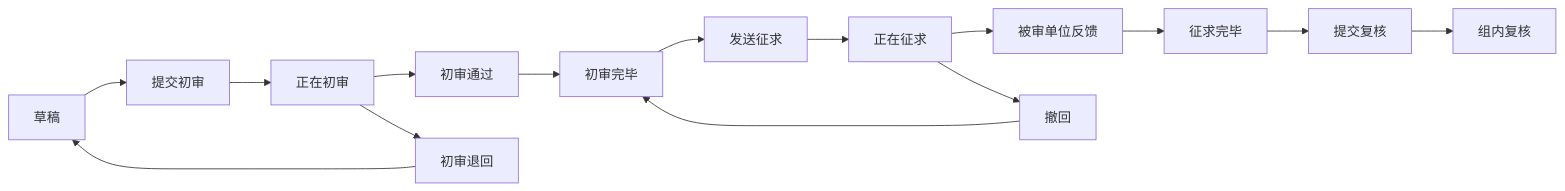
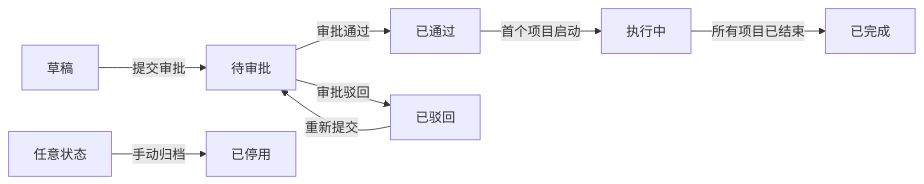
One commit to loengchiu/ShitPM2 changed the second of 7 diagrams in test-fixture/output/prd/prd.md. Above: the diagram before and after it, drawn with Mermaid. The commit also changed other lines of this file and 19 other files, not shown here.

````diff
--- a/test-fixture/output/prd/prd.md
+++ b/test-fixture/output/prd/prd.md
@@ -596,17 +92,10 @@
 ```mermaid
 flowchart LR
-    A[草稿] --> B[提交初审]
-    B --> C[正在初审]
-    C --> D[初审通过]
-    C --> E[初审退回]
-    D --> F[初审完毕]
-    F --> G[发送征求]
-    G --> H[正在征求]
-    H --> I[被审单位反馈]
-    H --> J[撤回]
-    I --> K[征求完毕]
-    K --> L[提交复核]
-    L --> M[组内复核]
-    E --> A
-    J --> F
+    A[草稿] -->|提交审批| B[待审批]
+    B -->|审批通过| C[已通过]
+    B -->|审批驳回| G[已驳回]
+    G -->|重新提交| B
+    C -->|首个项目启动| D[执行中]
+    D -->|所有项目已结束| E[已完成]
+    F[任意状态] -->|手动归档| H[已停用]
 ```
````
